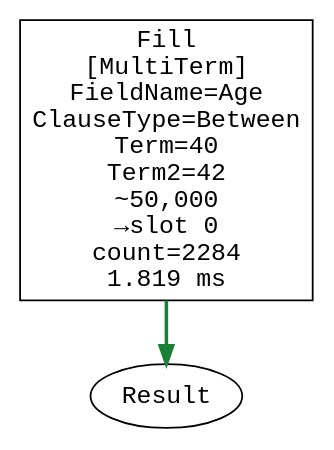
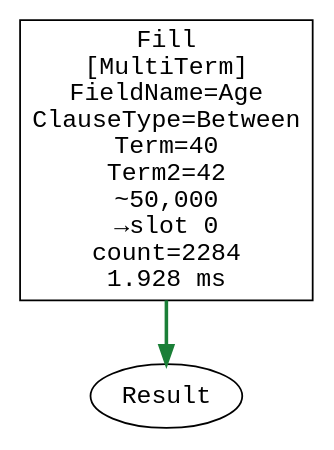
One commit to ayende/ravendb changed the seventh of 44 diagrams in corax-query-catalog.md. Above: the diagram before and after it, drawn with Graphviz. The commit also changed other lines of this file and 1 other file, not shown here.

First line of the commit message:
RavenDB-25281 Regenerate query catalog for producer-node rendering

````diff
--- a/corax-query-catalog.md
+++ b/corax-query-catalog.md
@@ -633,9 +633,9 @@
 ```dot
 digraph QueryPlan {
   rankdir=TB;
-  node [shape=box, fontname="monospace"];
-  op0 [label="Fill\n[MultiTerm]\nFieldName=Age\nClauseType=Between\nTerm=40\nTerm2=42\n~50,000\n→slot 0\ncount=2284\n1.819 ms", data_destslot="0", data_dispatch="MultiTerm", data_fieldname="Age", data_term="40", data_term2="42", data_clausetype="Between", data_estimatedrows="50,000", data_count="2284", data_ms="1.819"];
-  result [shape=ellipse, label="Result"];
-  op0 -> result [style=bold, color="#1a7f37"];
+  node [shape="box", fontname="monospace"];
+  op0 [label="Fill\n[MultiTerm]\nFieldName=Age\nClauseType=Between\nTerm=40\nTerm2=42\n~50,000\n→slot 0\ncount=2284\n1.928 ms", data_operation="Fill", data_destslot="0", data_dispatch="MultiTerm", data_fieldname="Age", data_term="40", data_term2="42", data_clausetype="Between", data_estimatedrows="50,000", data_count="2284", data_ms="1.928", data_taken="True"];
+  result [shape="ellipse", label="Result", data_operation="Result"];
+  op0 -> result [style="bold", color="#1a7f37", data_kind="result", data_variant="bitmap-final", data_flow="on"];
 }
 ```
````
